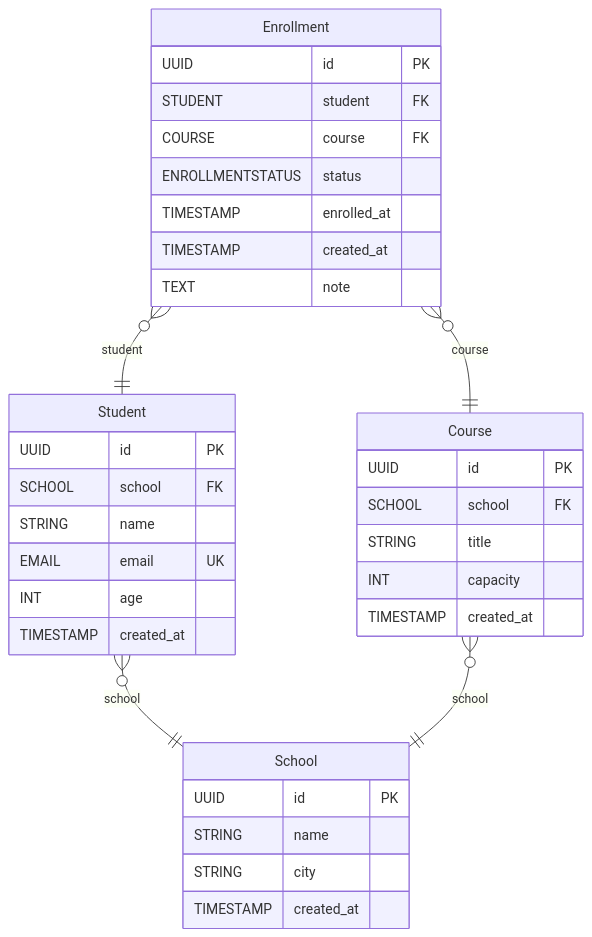
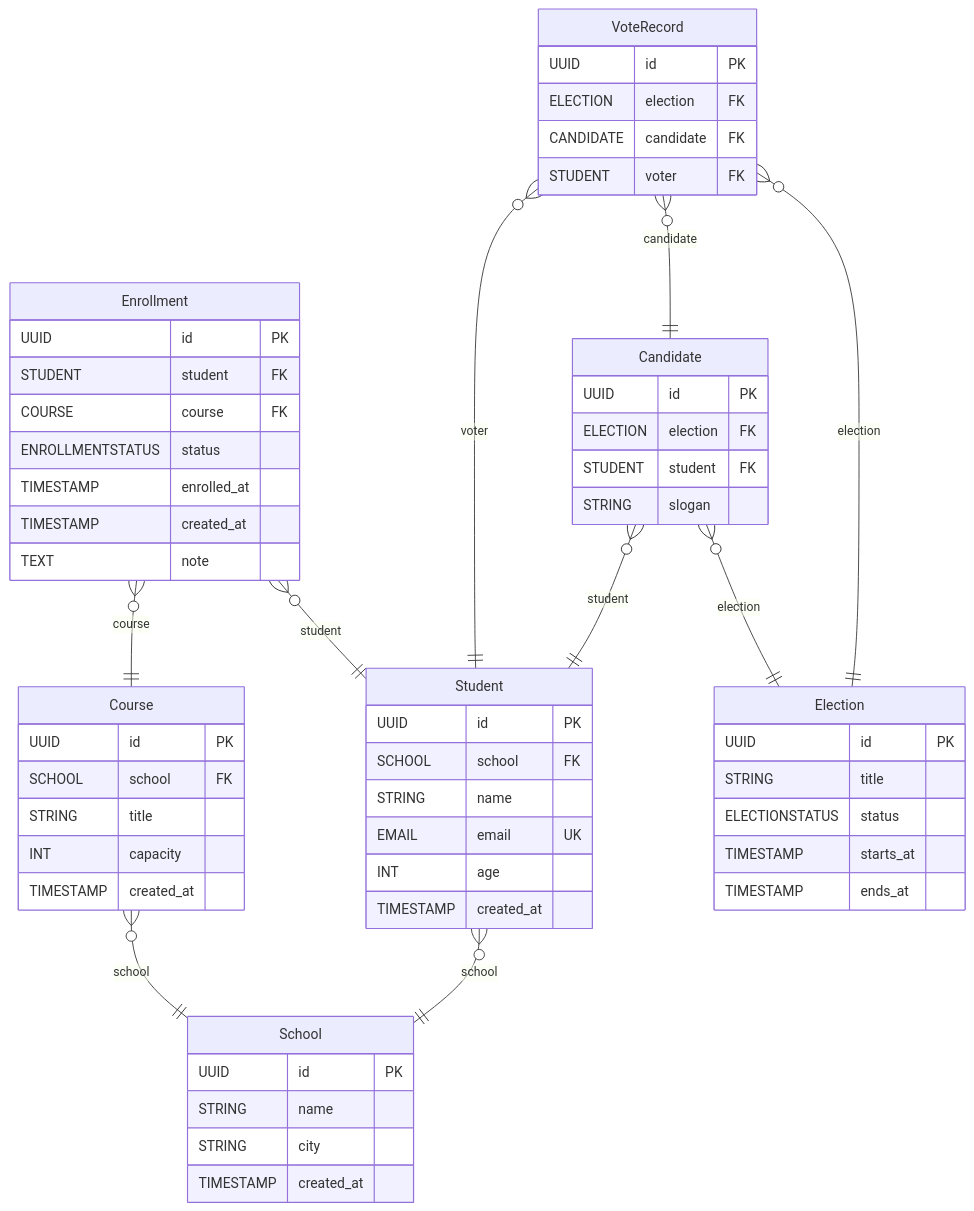
Before and after one commit to huifer/forma: the diagram in examples/school/reports/er.mmd, drawn with Mermaid. The commit also changed 7 other files, not shown here.

```diff
--- a/examples/school/reports/er.mmd
+++ b/examples/school/reports/er.mmd
@@ -1,36 +1,60 @@
 erDiagram
     School {
         UUID id PK
         STRING name
         STRING city
         TIMESTAMP created_at
     }
     Student {
         UUID id PK
         SCHOOL school FK
         STRING name
         EMAIL email UK
         INT age
         TIMESTAMP created_at
     }
     Course {
         UUID id PK
         SCHOOL school FK
         STRING title
         INT capacity
         TIMESTAMP created_at
     }
     Enrollment {
         UUID id PK
         STUDENT student FK
         COURSE course FK
         ENROLLMENTSTATUS status
         TIMESTAMP enrolled_at
         TIMESTAMP created_at
         TEXT note
     }
+    Election {
+        UUID id PK
+        STRING title
+        ELECTIONSTATUS status
+        TIMESTAMP starts_at
+        TIMESTAMP ends_at
+    }
+    Candidate {
+        UUID id PK
+        ELECTION election FK
+        STUDENT student FK
+        STRING slogan
+    }
+    VoteRecord {
+        UUID id PK
+        ELECTION election FK
+        CANDIDATE candidate FK
+        STUDENT voter FK
+    }
 
     Student }o--|| School : school
     Course }o--|| School : school
     Enrollment }o--|| Student : student
     Enrollment }o--|| Course : course
+    Candidate }o--|| Election : election
+    Candidate }o--|| Student : student
+    VoteRecord }o--|| Election : election
+    VoteRecord }o--|| Candidate : candidate
+    VoteRecord }o--|| Student : voter
```
